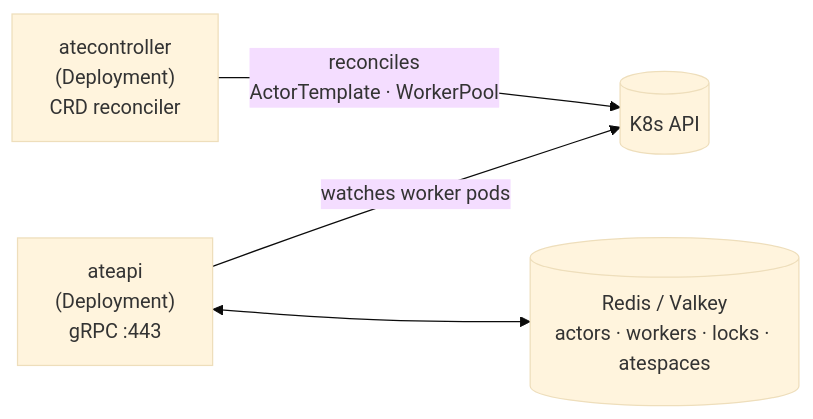
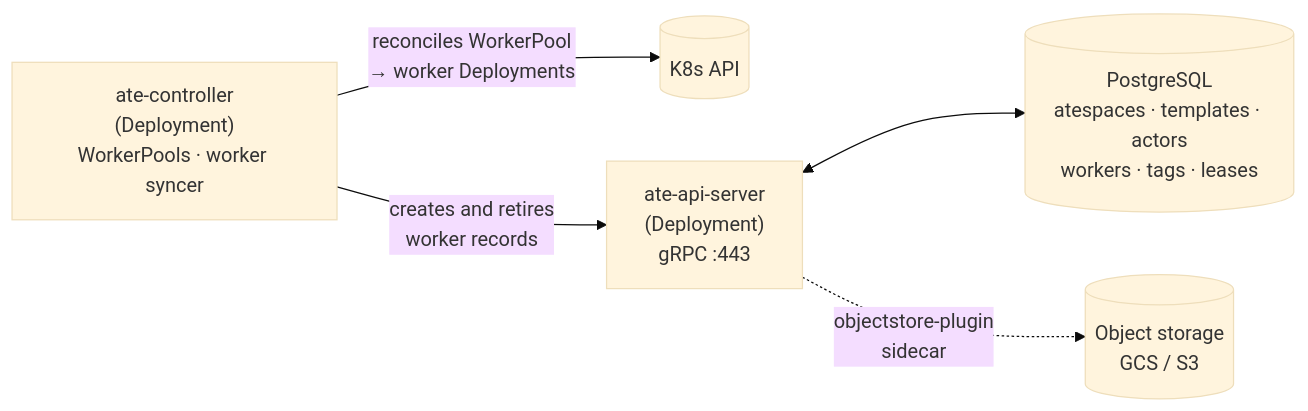
The first of 3 diagrams in atlas/src/content/docs/topology.mdx (christian-posta/substrate), drawn with Mermaid (base theme) before and after one commit. The commit also changed other lines of this file and 34 other files, not shown here.

````diff
--- a/atlas/src/content/docs/topology.mdx
+++ b/atlas/src/content/docs/topology.mdx
@@ -19,15 +23,18 @@
 ```mermaid
 flowchart LR
   KAPI[(K8s API)]
-  ATECTRL["atecontroller<br/>(Deployment)<br/>CRD reconciler"]
-  ATEAPI["ateapi<br/>(Deployment)<br/>gRPC :443"]
-  REDIS[("Redis / Valkey<br/>actors · workers · locks · atespaces")]
+  ATECTRL["ate-controller<br/>(Deployment)<br/>WorkerPools · worker syncer"]
+  ATEAPI["ate-api-server<br/>(Deployment)<br/>gRPC :443"]
+  PG[("PostgreSQL<br/>atespaces · templates · actors<br/>workers · tags · leases")]
+  OBJ[("Object storage<br/>GCS / S3")]
 
-  ATECTRL -- "reconciles<br/>ActorTemplate · WorkerPool" --> KAPI
-  ATEAPI -- "watches worker pods" --> KAPI
-  ATEAPI <--> REDIS
+  ATECTRL -- "reconciles WorkerPool<br/>→ worker Deployments" --> KAPI
+  ATECTRL -- "creates and retires<br/>worker records" --> ATEAPI
+  ATEAPI <--> PG
+  ATEAPI -. "objectstore-plugin<br/>sidecar" .-> OBJ
 
   click ATEAPI "/components/ateapi/" "ateapi"
   click ATECTRL "/components/atecontroller/" "atecontroller"
-  click REDIS "/components/storage/" "Storage"
+  click PG "/components/storage/" "Storage"
+  click OBJ "/components/storage/" "Storage"
 ```
````
